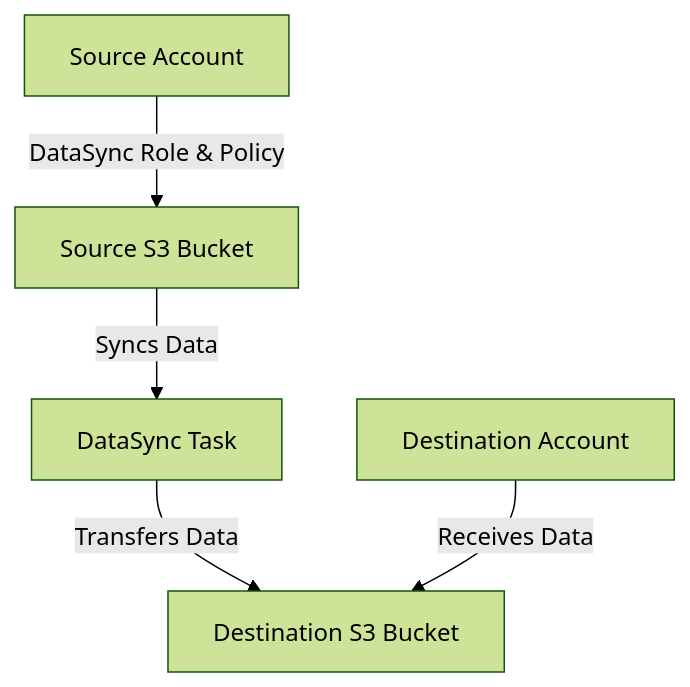
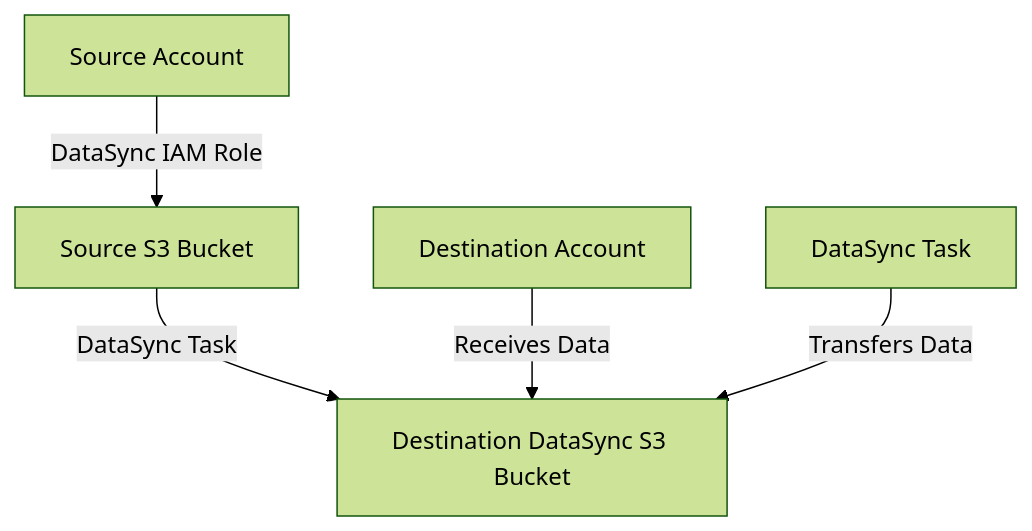
The second of 3 diagrams in aws-datasync/terraform/README.md (entechlog/aws-examples), drawn with Mermaid (forest theme) before and after one commit. The commit also changed other lines of this file, not shown here.

Commit message:
changes to update the mermaid diagram

````diff
--- a/aws-datasync/terraform/README.md
+++ b/aws-datasync/terraform/README.md
@@ -71,7 +75,7 @@
 ```mermaid
     graph TD;
-        SourceAccount[Source Account] -->|DataSync Role & Policy| SourceS3Bucket[Source S3 Bucket]
-        SourceS3Bucket -->|Syncs Data| DataSyncTask[DataSync Task]
-        DataSyncTask -->|Transfers Data| DestinationS3Bucket[Destination S3 Bucket]
-        DestinationAccount[Destination Account] -->|Receives Data| DestinationS3Bucket
+        SourceAccount[Source Account] -->|DataSync IAM Role| SourceS3Bucket[Source S3 Bucket]
+        SourceS3Bucket -->|DataSync Task| DestinationDataSyncS3Bucket[Destination DataSync S3 Bucket]
+        DestinationAccount[Destination Account] -->|Receives Data| DestinationDataSyncS3Bucket
+        DataSyncTask[DataSync Task] -->|Transfers Data| DestinationDataSyncS3Bucket
 ```
````
